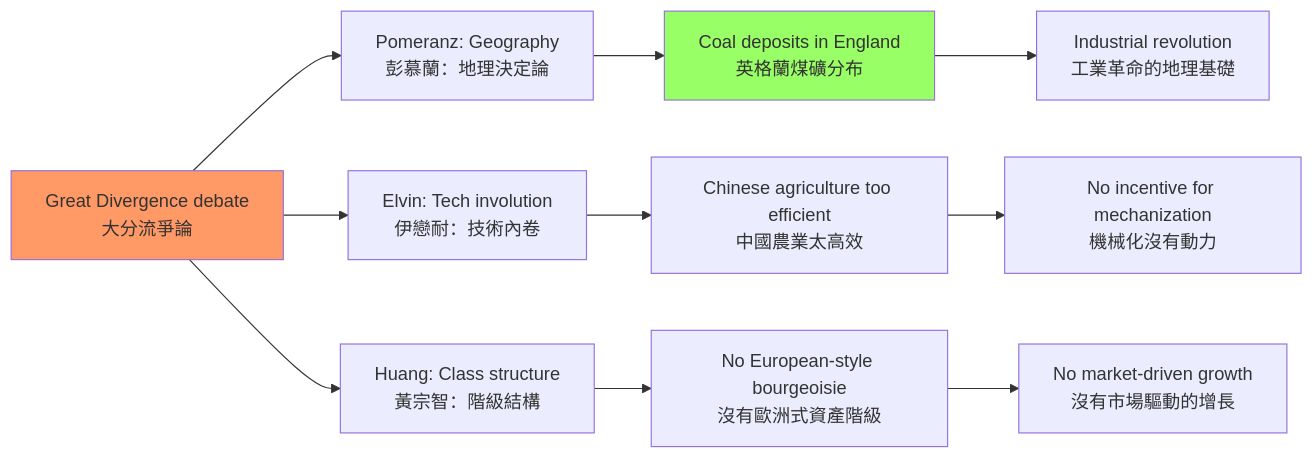
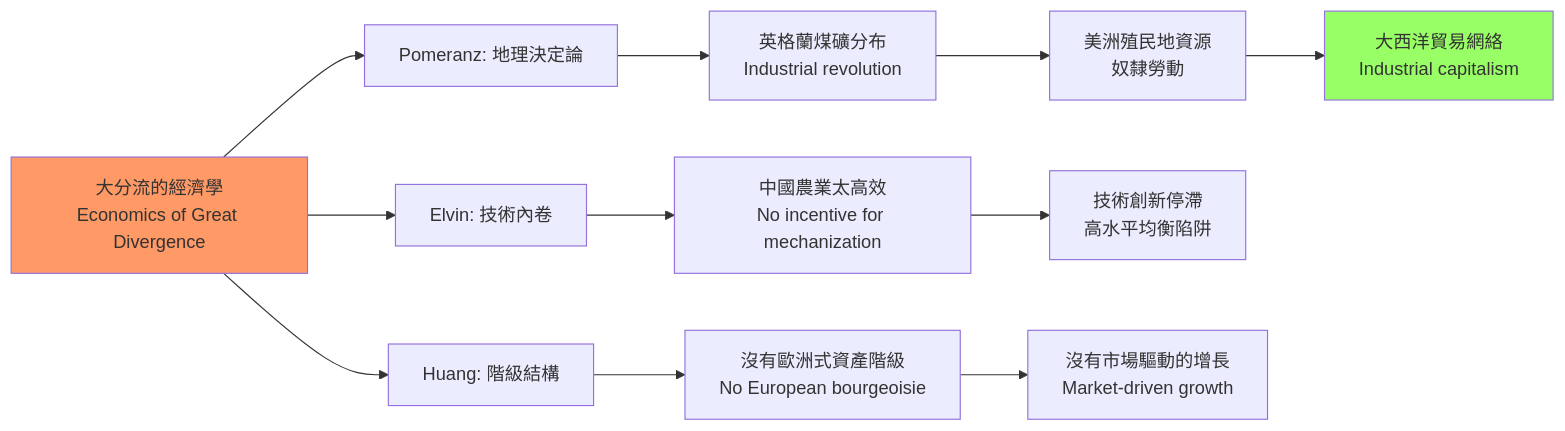
The first of 10 diagrams in 01_HKU_Courses/HIST2177_Economic_History_Modern_China.md (yip-lgtm/HKU-Harvard-History-Self-Study), drawn with Mermaid before and after one commit. The commit also changed other lines of this file and 22 other files, not shown here.

````diff
--- a/01_HKU_Courses/HIST2177_Economic_History_Modern_China.md
+++ b/01_HKU_Courses/HIST2177_Economic_History_Modern_China.md
@@ -75,18 +180,19 @@
 ```mermaid
 graph LR
-    A[Great Divergence debate<br/>大分流爭論] --> B[Pomeranz: Geography<br/>彭慕蘭：地理決定論]
-    A --> C[Elvin: Tech involution<br/>伊戀耐：技術內卷]
-    A --> D[Huang: Class structure<br/>黃宗智：階級結構]
+    A[大分流的經濟學<br/>Economics of Great Divergence] --> B[Pomeranz: 地理決定論]
+    A --> C[Elvin: 技術內卷]
+    A --> D[Huang: 階級結構]
     
-    B --> B1[Coal deposits in England<br/>英格蘭煤礦分布]
-    B1 --> B2[Industrial revolution<br/>工業革命的地理基礎]
+    B --> B1[英格蘭煤礦分布<br/>Industrial revolution]
+    B1 --> B2[美洲殖民地資源<br/>奴隸勞動]
+    B2 --> B3[大西洋貿易網絡<br/>Industrial capitalism]
     
-    C --> C1[Chinese agriculture too efficient<br/>中國農業太高效]
-    C1 --> C2[No incentive for mechanization<br/>機械化沒有動力]
+    C --> C1[中國農業太高效<br/>No incentive for mechanization]
+    C1 --> C2[技術創新停滯<br/>高水平均衡陷阱]
     
-    D --> D1[No European-style bourgeoisie<br/>沒有歐洲式資產階級]
-    D1 --> D2[No market-driven growth<br/>沒有市場驅動的增長]
+    D --> D1[沒有歐洲式資產階級<br/>No European bourgeoisie]
+    D1 --> D2[沒有市場驅動的增長<br/>Market-driven growth]
     
     style A fill:#f96
-    style B1 fill:#9f6
+    style B3 fill:#9f6
 ```
````
